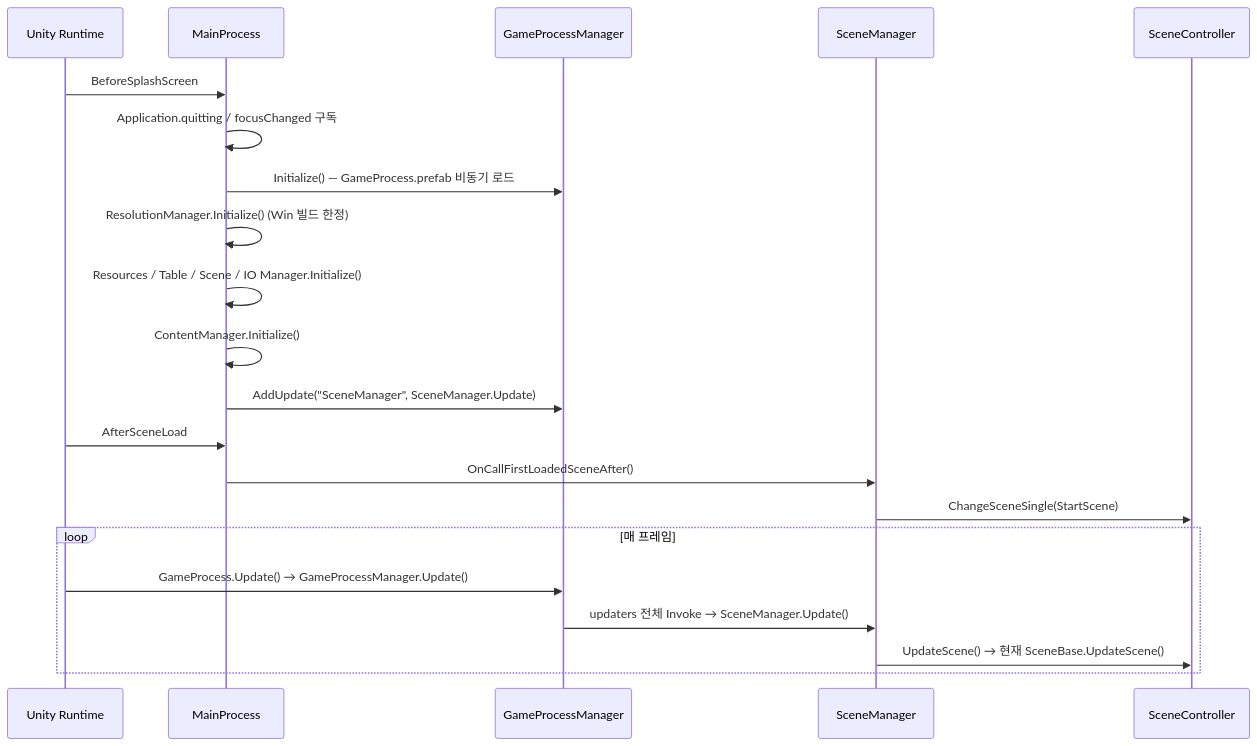
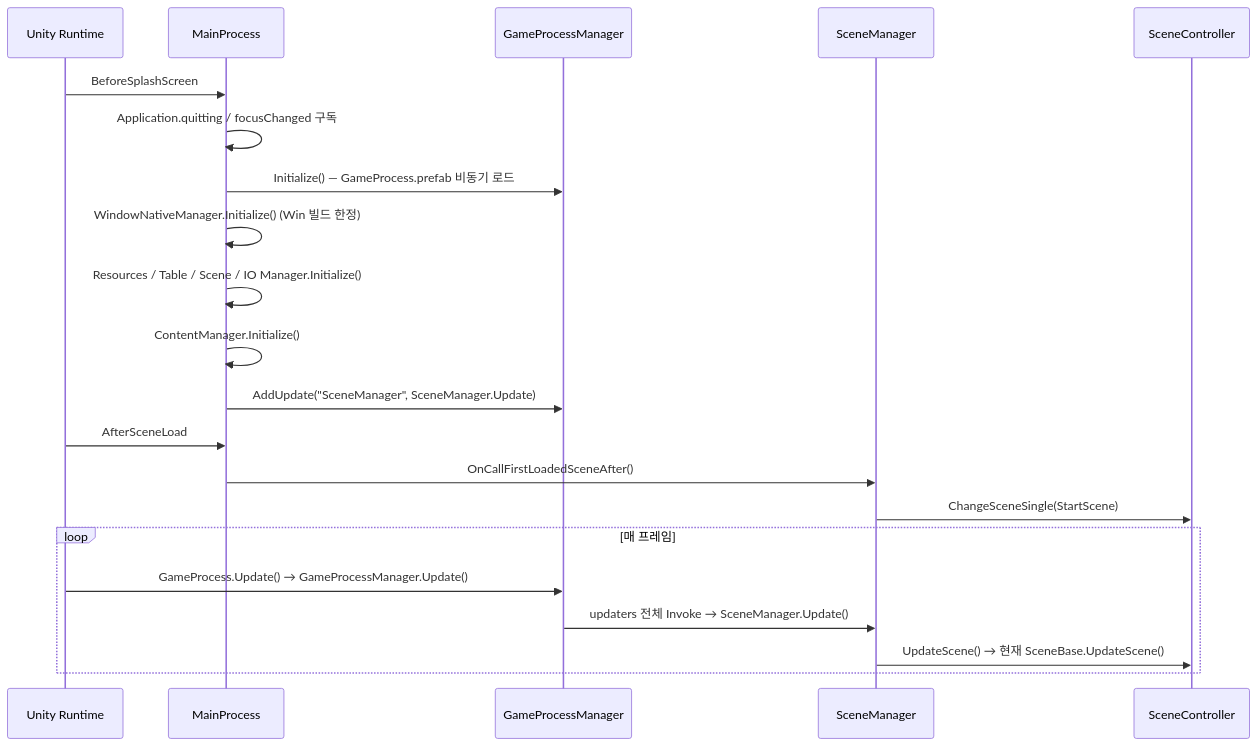
One commit to Snack1511/Practice-UnityWindowApi changed the diagram in Meta/docs/README.md. Above: the diagram before and after it, drawn with Mermaid. The commit also changed 11 other files, not shown here.

First line of the commit message:
refactor: ResolutionManager 병합에 맞춰 호출부와 문서 갱신

````diff
--- a/Meta/docs/README.md
+++ b/Meta/docs/README.md
@@ -61,24 +61,24 @@
 ```mermaid
 sequenceDiagram
     participant U as Unity Runtime
     participant M as MainProcess
     participant G as GameProcessManager
     participant S as SceneManager
     participant SC as SceneController
 
     U->>M: BeforeSplashScreen
     M->>M: Application.quitting / focusChanged 구독
     M->>G: Initialize() — GameProcess.prefab 비동기 로드
-    M->>M: ResolutionManager.Initialize() (Win 빌드 한정)
+    M->>M: WindowNativeManager.Initialize() (Win 빌드 한정)
     M->>M: Resources / Table / Scene / IO Manager.Initialize()
     M->>M: ContentManager.Initialize()
     M->>G: AddUpdate("SceneManager", SceneManager.Update)
     U->>M: AfterSceneLoad
     M->>S: OnCallFirstLoadedSceneAfter()
     S->>SC: ChangeSceneSingle(StartScene)
     loop 매 프레임
         U->>G: GameProcess.Update() → GameProcessManager.Update()
         G->>S: updaters 전체 Invoke → SceneManager.Update()
         S->>SC: UpdateScene() → 현재 SceneBase.UpdateScene()
     end
 ```
````
